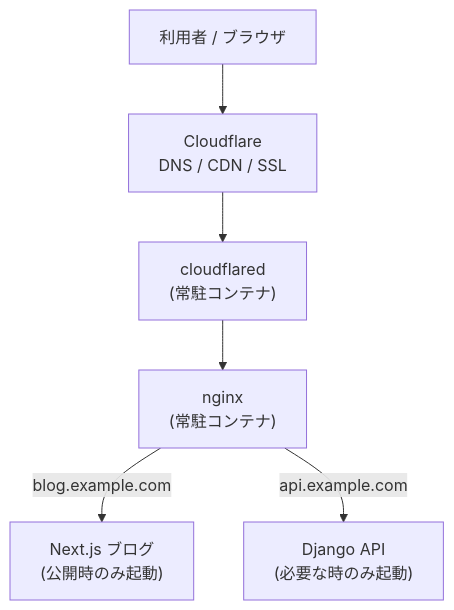
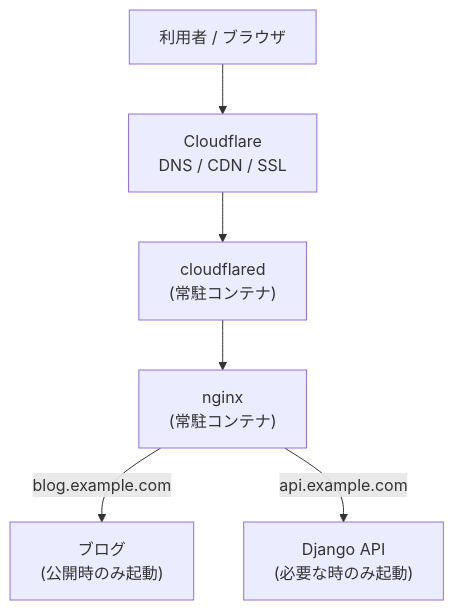
One commit to haru-0035-git/haru-0035-git changed the diagram in README.md. Above: the diagram before and after it, drawn with Mermaid.

Commit message:
Update blog description in README.md

````diff
--- a/README.md
+++ b/README.md
@@ -14,17 +14,17 @@
 ```mermaid
 flowchart TB
     User["利用者 / ブラウザ"]
     CF["Cloudflare<br>DNS / CDN / SSL"]
     Tunnel["cloudflared<br>(常駐コンテナ)"]
     Nginx["nginx<br>(常駐コンテナ)"]
 
-    Blog["Next.js ブログ<br>(公開時のみ起動)"]
+    Blog["ブログ<br>(公開時のみ起動)"]
     API["Django API<br>(必要な時のみ起動)"]
 
     User --> CF
     CF --> Tunnel
     Tunnel --> Nginx
 
     Nginx -->|"blog.example.com"| Blog
     Nginx -->|"api.example.com"| API
 ```
````
